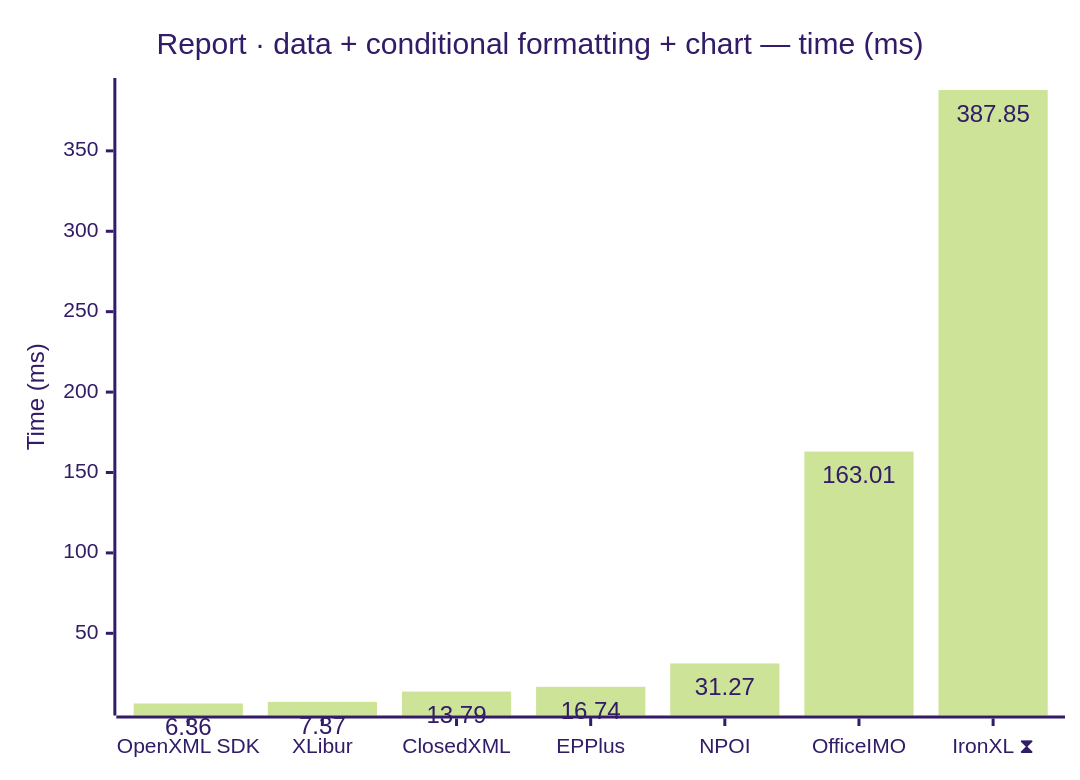
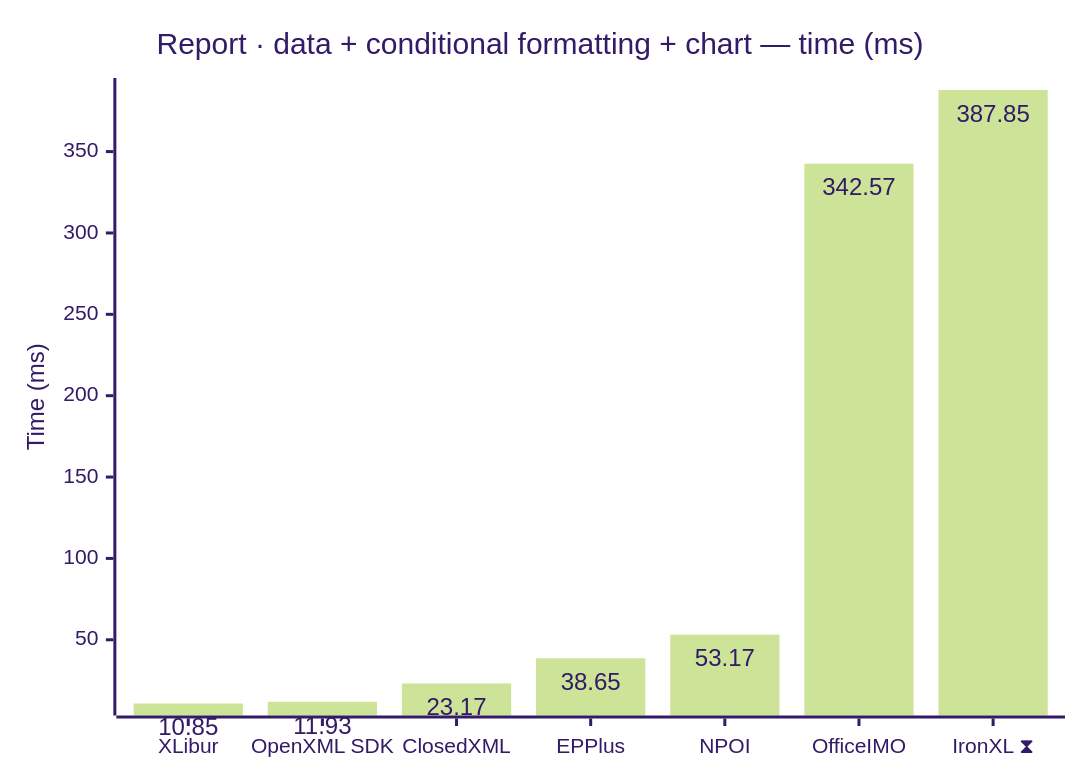
One commit to jafin/XLBench changed the ninth of 18 diagrams in docs/results-ci.md. Above: the diagram before and after it, drawn with Mermaid (forest theme). The commit also changed other lines of this file, not shown here.

````diff
--- a/docs/results-ci.md
+++ b/docs/results-ci.md
@@ -147,12 +147,12 @@
 ```mermaid
 ---
 config:
   xyChart:
     showDataLabel: true
 ---
 xychart-beta
     title "Report · data + conditional formatting + chart — time (ms)"
-    x-axis ["OpenXML SDK", "XLibur", "ClosedXML", "EPPlus", "NPOI", "OfficeIMO", "IronXL ⧗"]
+    x-axis ["XLibur", "OpenXML SDK", "ClosedXML", "EPPlus", "NPOI", "OfficeIMO", "IronXL ⧗"]
     y-axis "Time (ms)"
-    bar [6.36, 7.37, 13.79, 16.74, 31.27, 163.01, 387.85]
+    bar [10.85, 11.93, 23.17, 38.65, 53.17, 342.57, 387.85]
 ```
````
